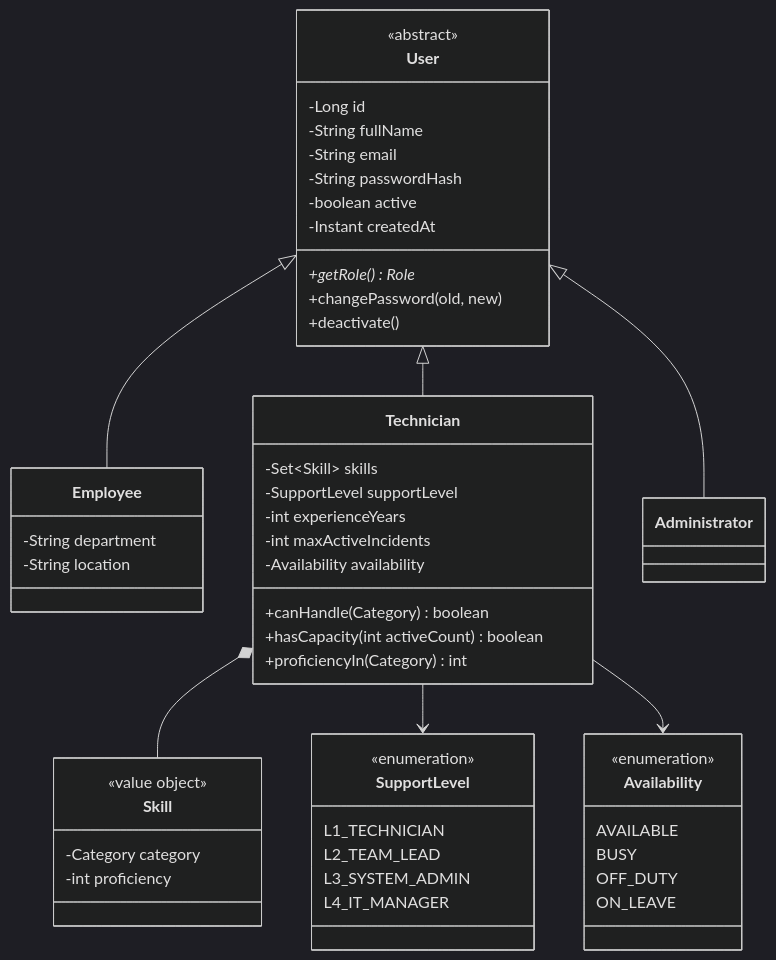
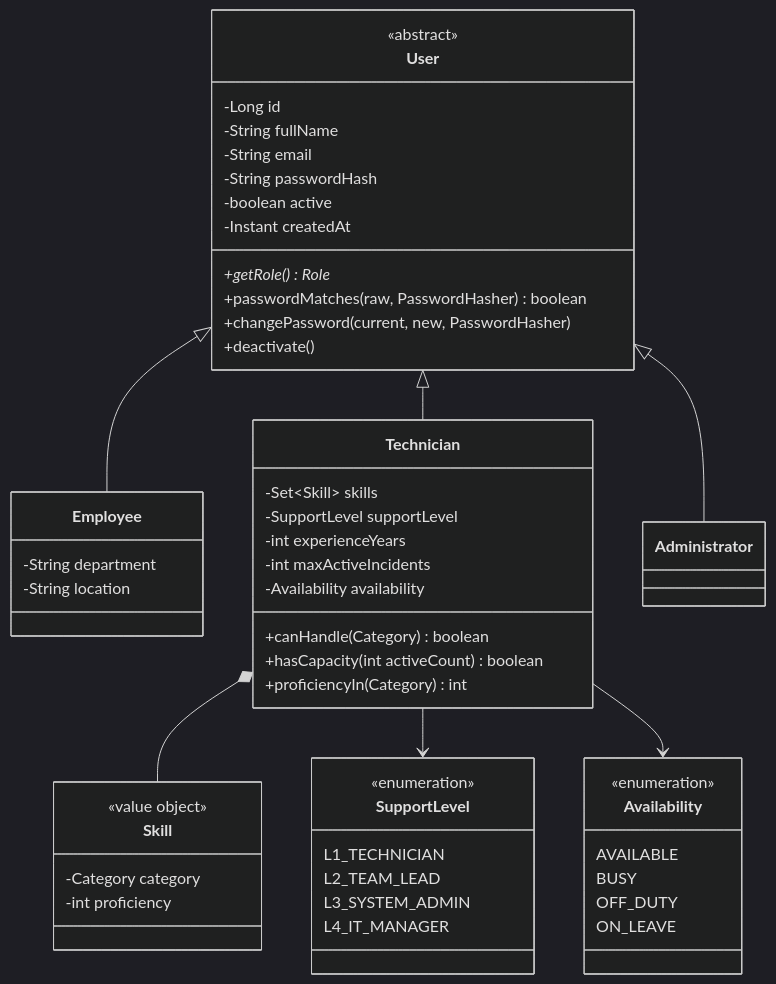
The first of 9 diagrams in docs/DOMAIN_MODEL.md (Dileep1714/I-ITSM), drawn with Mermaid (dark theme) before and after one commit. The commit also changed other lines of this file and 22 other files, not shown here.

````diff
--- a/docs/DOMAIN_MODEL.md
+++ b/docs/DOMAIN_MODEL.md
@@ -37,55 +37,56 @@
 ```mermaid
 classDiagram
     class User {
         <<abstract>>
         -Long id
         -String fullName
         -String email
         -String passwordHash
         -boolean active
         -Instant createdAt
         +getRole() Role*
-        +changePassword(old, new)
+        +passwordMatches(raw, PasswordHasher) boolean
+        +changePassword(current, new, PasswordHasher)
         +deactivate()
     }
     class Employee {
         -String department
         -String location
     }
     class Technician {
         -Set~Skill~ skills
         -SupportLevel supportLevel
         -int experienceYears
         -int maxActiveIncidents
         -Availability availability
         +canHandle(Category) boolean
         +hasCapacity(int activeCount) boolean
         +proficiencyIn(Category) int
     }
     class Administrator
     class Skill {
         <<value object>>
         -Category category
         -int proficiency
     }
     class SupportLevel {
         <<enumeration>>
         L1_TECHNICIAN
         L2_TEAM_LEAD
         L3_SYSTEM_ADMIN
         L4_IT_MANAGER
     }
     class Availability {
         <<enumeration>>
         AVAILABLE
         BUSY
         OFF_DUTY
         ON_LEAVE
     }
     User <|-- Employee
     User <|-- Technician
     User <|-- Administrator
     Technician *-- Skill
     Technician --> SupportLevel
     Technician --> Availability
 ```
````
